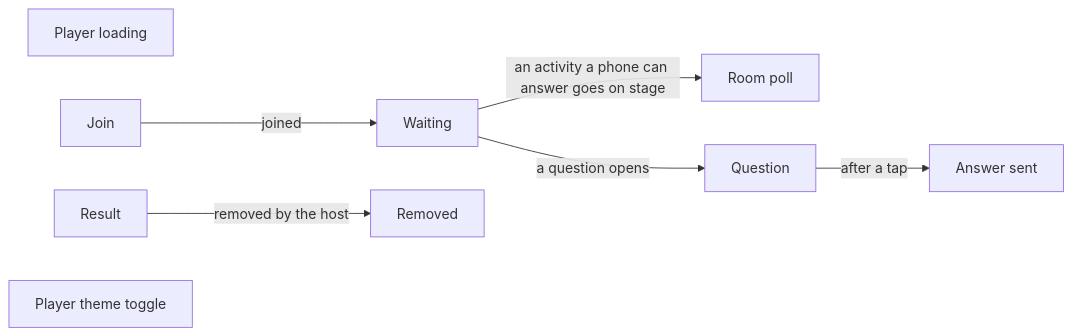
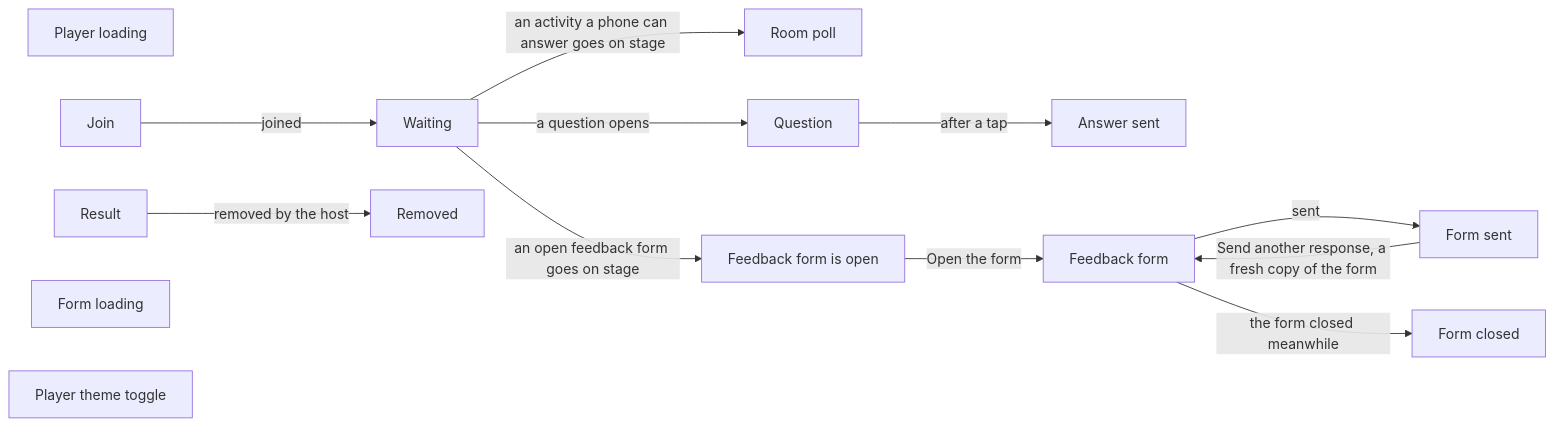
Before and after one commit to ferraroroberto/facilitation-suite: diagram 12 of 12 in docs/ux-surface-map.md, drawn with Mermaid. The commit also changed other lines of this file and 46 other files, not shown here.

````diff
--- a/docs/ux-surface-map.md
+++ b/docs/ux-surface-map.md
@@ -2269,17 +2326,27 @@
 ```mermaid
 flowchart LR
-  s149["Player loading"]
-  s150["Join"]
-  s151["Waiting"]
-  s152["Room poll"]
-  s153["Question"]
-  s154["Answer sent"]
-  s155["Result"]
-  s156["Removed"]
-  s157["Player theme toggle"]
-  s150 -->|"joined"| s151
-  s151 -->|"a question opens"| s153
-  s151 -->|"an activity a phone can answer goes on stage"| s152
-  s153 -->|"after a tap"| s154
-  s155 -->|"removed by the host"| s156
+  s153["Player loading"]
+  s154["Join"]
+  s155["Waiting"]
+  s156["Room poll"]
+  s157["Question"]
+  s158["Answer sent"]
+  s159["Result"]
+  s160["Removed"]
+  s161["Feedback form is open"]
+  s162["Form loading"]
+  s163["Feedback form"]
+  s164["Form sent"]
+  s165["Form closed"]
+  s166["Player theme toggle"]
+  s154 -->|"joined"| s155
+  s155 -->|"a question opens"| s157
+  s155 -->|"an activity a phone can answer goes on stage"| s156
+  s155 -->|"an open feedback form goes on stage"| s161
+  s157 -->|"after a tap"| s158
+  s159 -->|"removed by the host"| s160
+  s161 -->|"Open the form"| s163
+  s163 -->|"sent"| s164
+  s163 -->|"the form closed meanwhile"| s165
+  s164 -->|"Send another response, a fresh copy of the form"| s163
 ```
````
